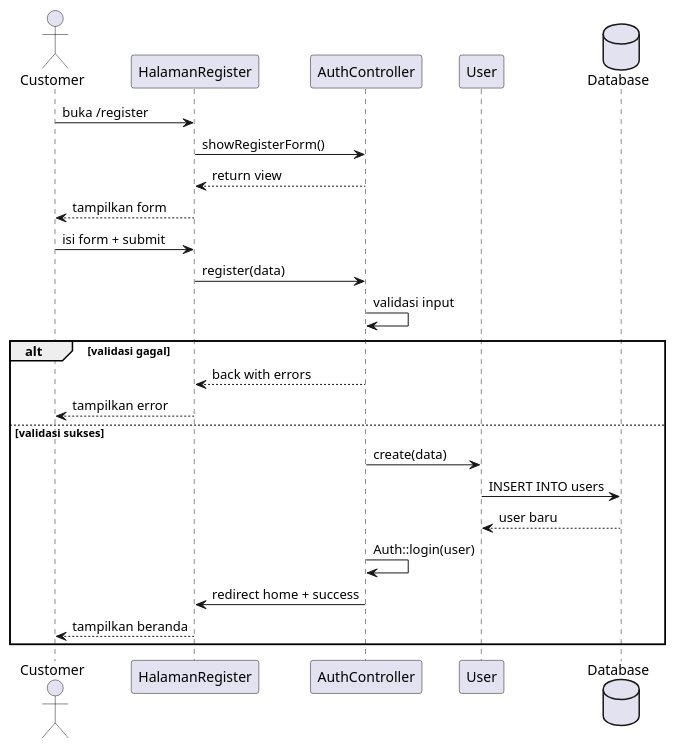
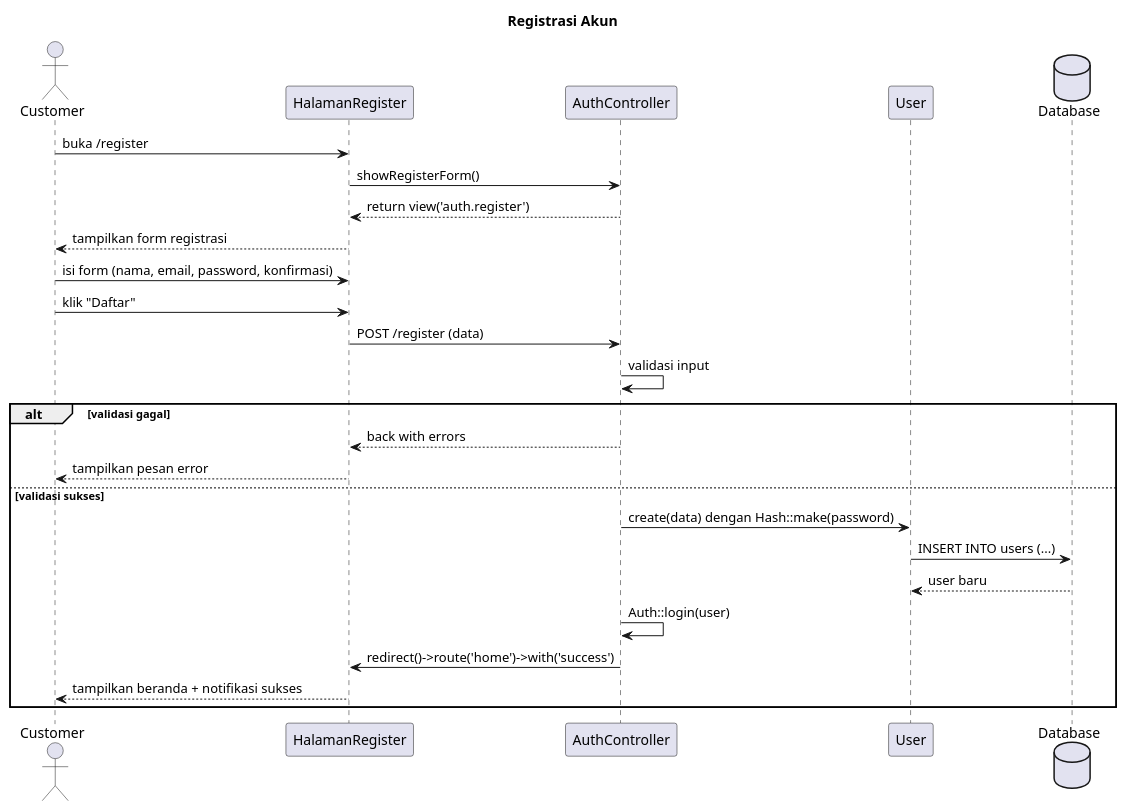
Before and after one commit to notsorcerer/ABP-WEB: the first of 10 diagrams in DPPL.md, drawn with PlantUML. The commit also changed other lines of this file and 1 other file, not shown here.

````diff
--- a/DPPL.md
+++ b/DPPL.md
@@ -1082,31 +1042,34 @@
 ```plantuml
 @startuml
+title Registrasi Akun
+
 actor Customer
 participant "HalamanRegister" as UI
 participant "AuthController" as C
 participant "User" as M
 database "Database" as DB
 
 Customer -> UI : buka /register
 UI -> C : showRegisterForm()
-C --> UI : return view
-UI --> Customer : tampilkan form
+C --> UI : return view('auth.register')
+UI --> Customer : tampilkan form registrasi
 
-Customer -> UI : isi form + submit
-UI -> C : register(data)
+Customer -> UI : isi form (nama, email, password, konfirmasi)
+Customer -> UI : klik "Daftar"
+UI -> C : POST /register (data)
 
 C -> C : validasi input
 
 alt validasi gagal
   C --> UI : back with errors
-  UI --> Customer : tampilkan error
+  UI --> Customer : tampilkan pesan error
 else validasi sukses
-  C -> M : create(data)
-  M -> DB : INSERT INTO users
+  C -> M : create(data) dengan Hash::make(password)
+  M -> DB : INSERT INTO users (...)
   DB --> M : user baru
   C -> C : Auth::login(user)
-  C -> UI : redirect home + success
-  UI --> Customer : tampilkan beranda
+  C -> UI : redirect()->route('home')->with('success')
+  UI --> Customer : tampilkan beranda + notifikasi sukses
 end
 @enduml
 ```
````
